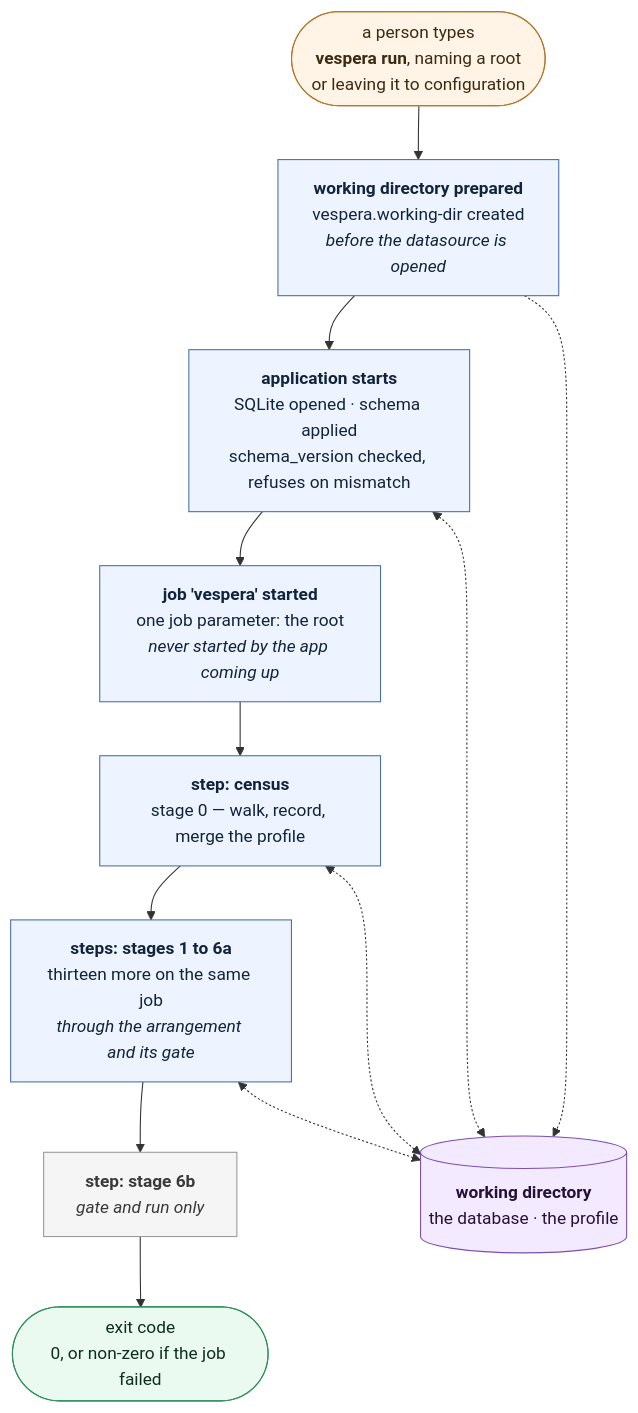
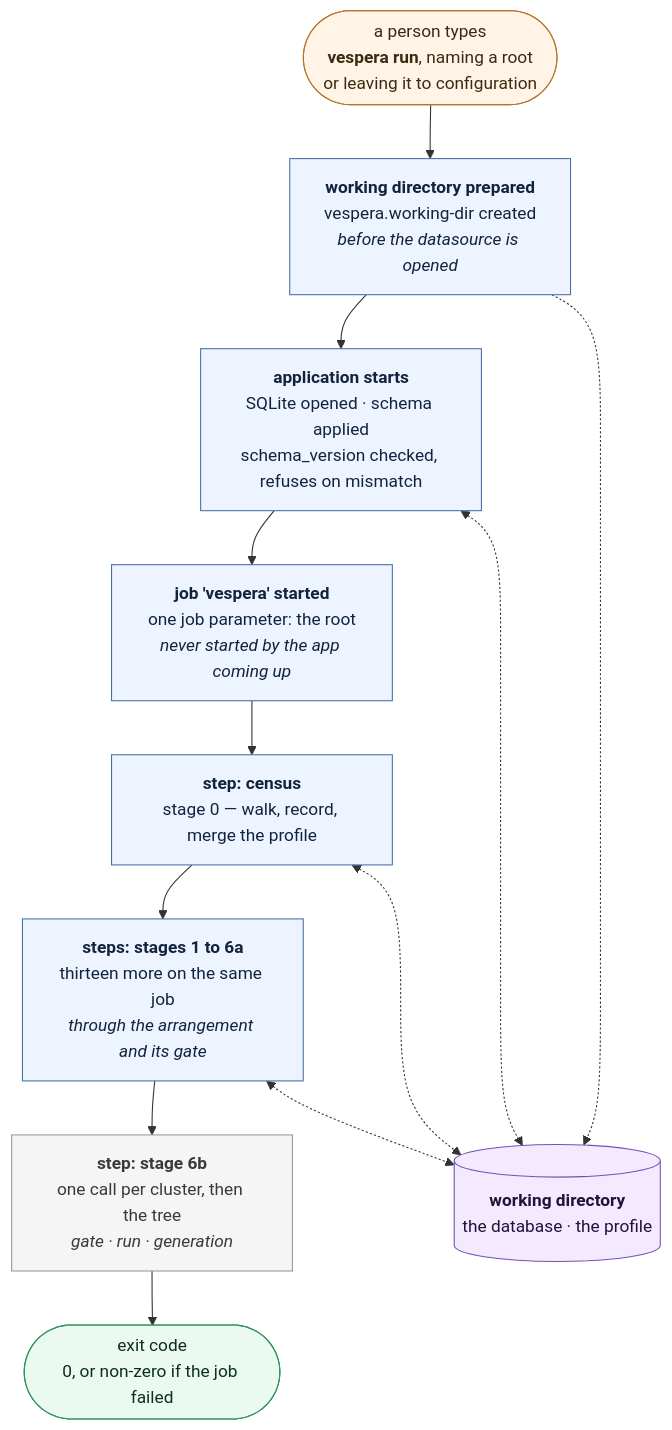
The fifth of 6 diagrams in docs/architecture.md (algernon28/vespera), drawn with Mermaid before and after one commit. The commit also changed other lines of this file and 4 other files, not shown here.

````diff
--- a/docs/architecture.md
+++ b/docs/architecture.md
@@ -244,32 +243,32 @@
 ```mermaid
 flowchart TD
     OP(["a person types<br/><b>vespera run</b>, naming a root<br/>or leaving it to configuration"])
     PREP["<b>working directory prepared</b><br/>vespera.working-dir created<br/><i>before the datasource is opened</i>"]
     BOOT["<b>application starts</b><br/>SQLite opened · schema applied<br/>schema_version checked, refuses on mismatch"]
     JOB["<b>job 'vespera' started</b><br/>one job parameter: the root<br/><i>never started by the app coming up</i>"]
     S0["<b>step: census</b><br/>stage 0 — walk, record, merge the profile"]
     LATER["<b>steps: stages 1 to 6a</b><br/>thirteen more on the same job<br/><i>through the arrangement and its gate</i>"]
-    S6BSTEP["<b>step: stage 6b</b><br/><i>gate and run only</i>"]
+    S6BSTEP["<b>step: stage 6b</b><br/>one call per cluster, then the tree<br/><i>gate · run · generation</i>"]
     EXIT(["exit code<br/>0, or non-zero if the job failed"])
 
 
     STORE[("<b>working directory</b><br/>the database · the profile")]
 
     OP --> PREP --> BOOT --> JOB --> S0 --> LATER --> S6BSTEP --> EXIT
 
     PREP -.-> STORE
     BOOT <-.-> STORE
     S0 <-.-> STORE
     LATER <-.-> STORE
 
     classDef human fill:#fff4e6,stroke:#b5762a,color:#3d2a12
     classDef step fill:#eef4ff,stroke:#4a6fa5,color:#12243d
     classDef later fill:#f5f5f5,stroke:#9a9a9a,color:#3a3a3a
     classDef store fill:#f3eaff,stroke:#7a4fb5,color:#241238
     classDef out fill:#eafaf1,stroke:#2f8f5b,color:#0f2e1e
     class OP human
     class PREP,BOOT,JOB,S0,LATER step
     class S6BSTEP later
     class STORE store
     class EXIT out
 ```
````
